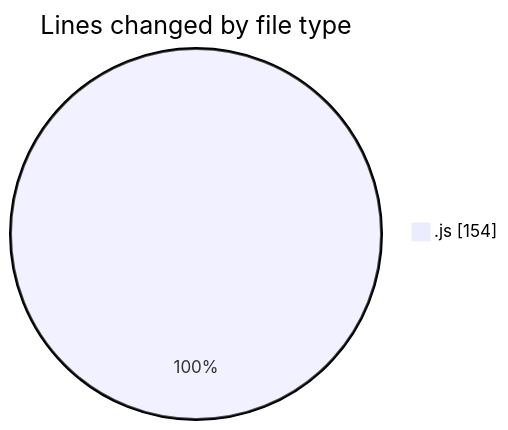
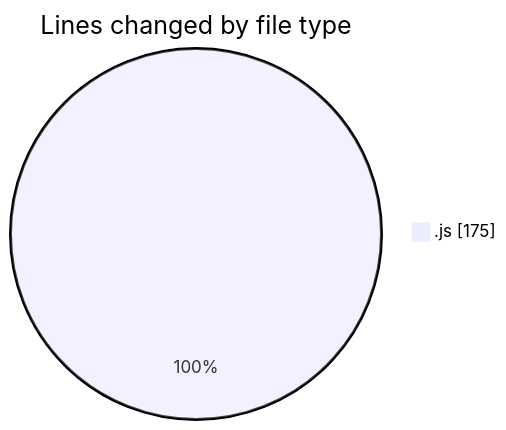
The first of 2 diagrams in 2025-08-09/javascript/README.md (Ritupan-Deka/code-tracking), drawn with Mermaid before and after one commit. The commit also changed other lines of this file and 1 other file, not shown here.

````diff
--- a/2025-08-09/javascript/README.md
+++ b/2025-08-09/javascript/README.md
@@ -20,5 +20,5 @@
 ```mermaid
 pie showData
 title Lines changed by file type
-".js" : 154
+".js" : 175
 ```
````
